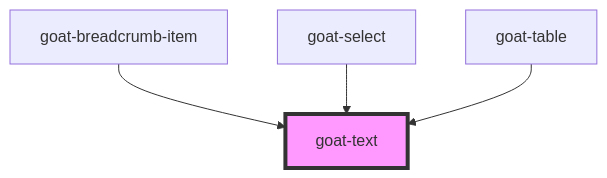
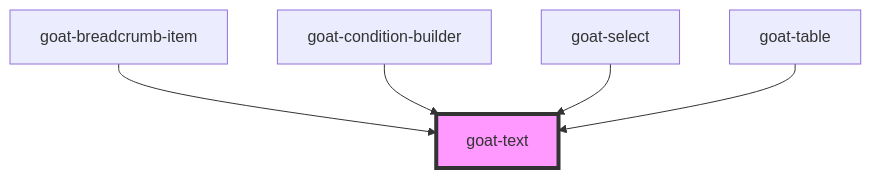
One commit to goatui/components changed the diagram in src/components/general/text/readme.md. Above: the diagram before and after it, drawn with Mermaid. The commit also changed other lines of this file and 21 other files, not shown here.

Commit message:
condition builder initial commit + button index fix.

````diff
--- a/src/components/general/text/readme.md
+++ b/src/components/general/text/readme.md
@@ -30,7 +31,8 @@
 ```mermaid
 graph TD;
   goat-breadcrumb-item --> goat-text
+  goat-condition-builder --> goat-text
   goat-select --> goat-text
   goat-table --> goat-text
   style goat-text fill:#f9f,stroke:#333,stroke-width:4px
 ```
````
